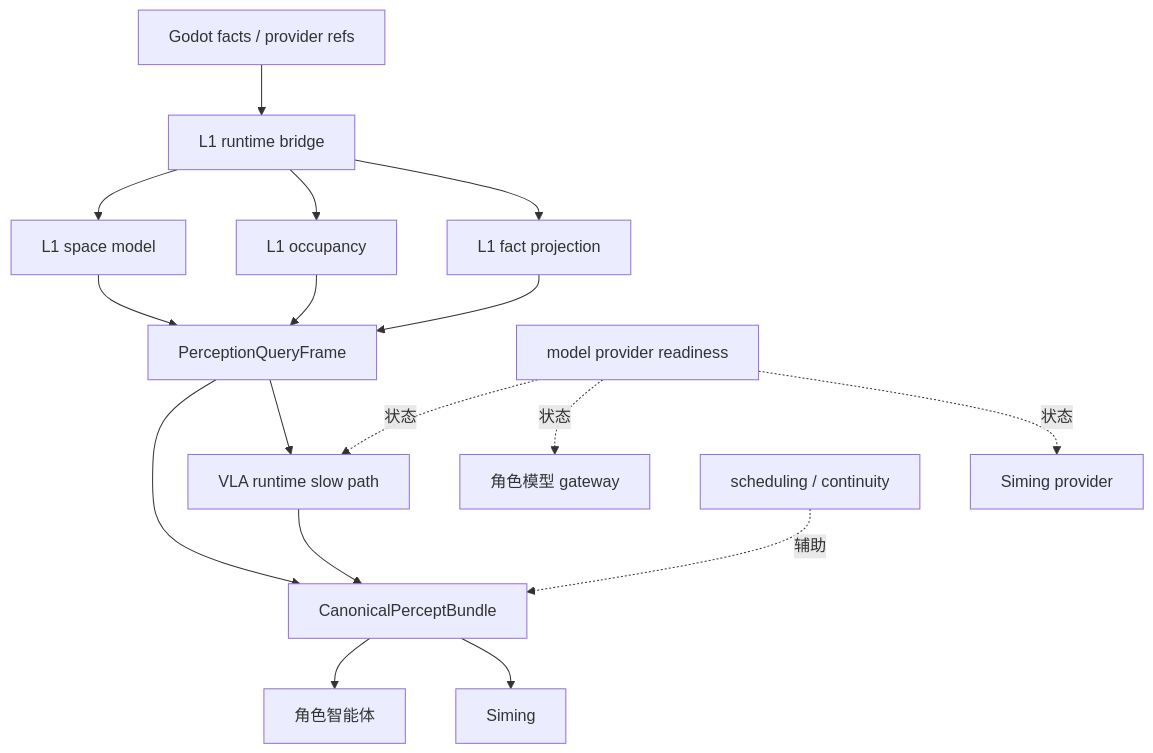
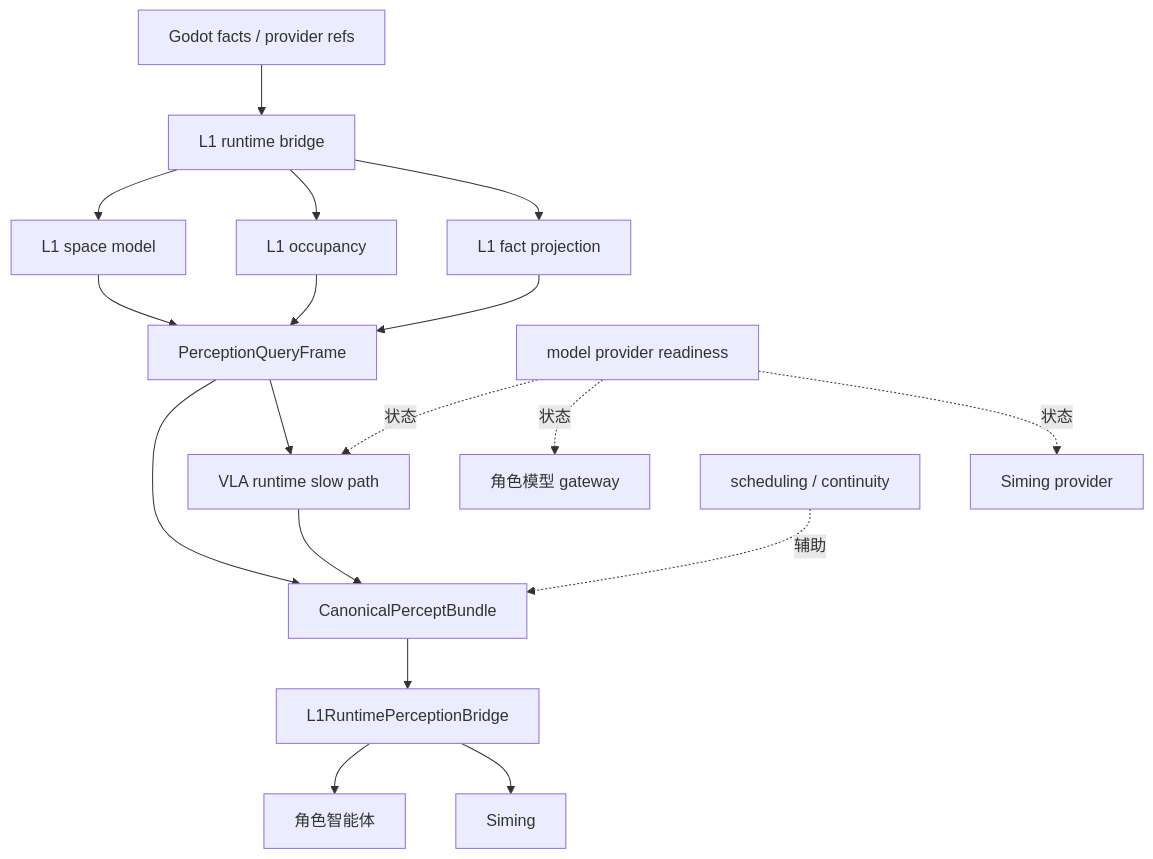
Before and after one commit to Dancing-coin/Paralls-phase0-1: the diagram in docs/架构/运行时/模块/世界运行时.md, drawn with Mermaid. The commit also changed other lines of this file and 3 other files, not shown here.

First line of the commit message:
Align the runtime architecture docs around the two-bridge model

````diff
--- a/docs/架构/运行时/模块/世界运行时.md
+++ b/docs/架构/运行时/模块/世界运行时.md
@@ -88,22 +93,23 @@
 ```mermaid
 flowchart TD
     Godot[Godot facts / provider refs] --> L1Bridge[L1 runtime bridge]
     L1Bridge --> Space[L1 space model]
     L1Bridge --> Occupancy[L1 occupancy]
     L1Bridge --> Projection[L1 fact projection]
     Space --> PQF[PerceptionQueryFrame]
     Occupancy --> PQF
     Projection --> PQF
     PQF --> Bundle[CanonicalPerceptBundle]
+    Bundle --> PerceptBridge[L1RuntimePerceptionBridge]
 
     PQF --> VLA[VLA runtime slow path]
     VLA --> Bundle
 
     Readiness[model provider readiness] -. 状态 .-> VLA
     Readiness -. 状态 .-> CharacterModel[角色模型 gateway]
     Readiness -. 状态 .-> SimingProvider[Siming provider]
 
     Scheduling[scheduling / continuity] -. 辅助 .-> Bundle
-    Bundle --> Character[角色智能体]
-    Bundle --> Siming[Siming]
+    PerceptBridge --> Character[角色智能体]
+    PerceptBridge --> Siming[Siming]
 ```
````
